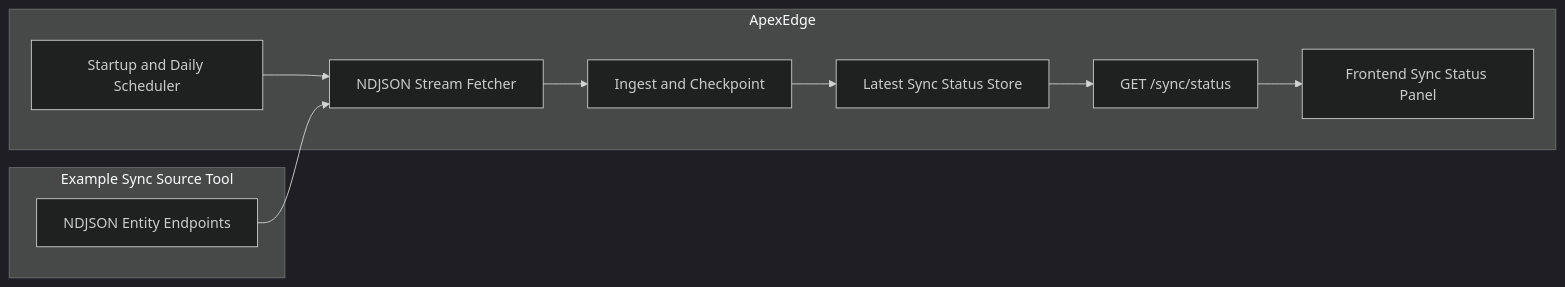
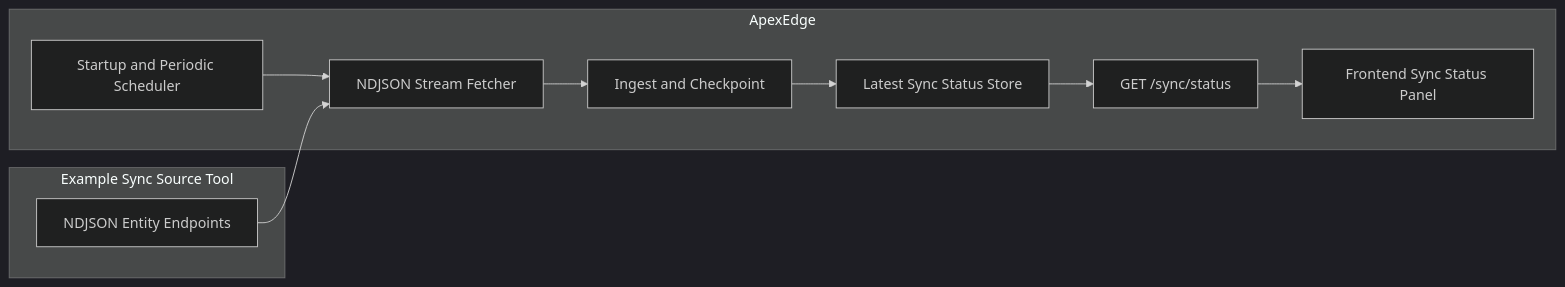
Before and after one commit to AncientiCe/apex-edge: the tenth of 17 diagrams in docs/architecture/README.md, drawn with Mermaid (dark theme). The commit also changed other lines of this file and 24 other files, not shown here.

Commit message:
feat(printing,documents,outbox): harden POS northbound contract and stabilize local finalize flow

````diff
--- a/docs/architecture/README.md
+++ b/docs/architecture/README.md
@@ -351,20 +351,20 @@
 ```mermaid
 flowchart LR
     subgraph sourceTool [Example Sync Source Tool]
         NDJSON[NDJSON Entity Endpoints]
     end
     subgraph edgeApp [ApexEdge]
-        Scheduler[Startup and Daily Scheduler]
+        Scheduler[Startup and Periodic Scheduler]
         Fetcher[NDJSON Stream Fetcher]
         Ingest[Ingest and Checkpoint]
         StatusStore[Latest Sync Status Store]
         StatusAPI[GET /sync/status]
         UI[Frontend Sync Status Panel]
     end
     Scheduler --> Fetcher
     Fetcher --> Ingest
     Ingest --> StatusStore
     StatusStore --> StatusAPI
     StatusAPI --> UI
     NDJSON --> Fetcher
 ```
````
